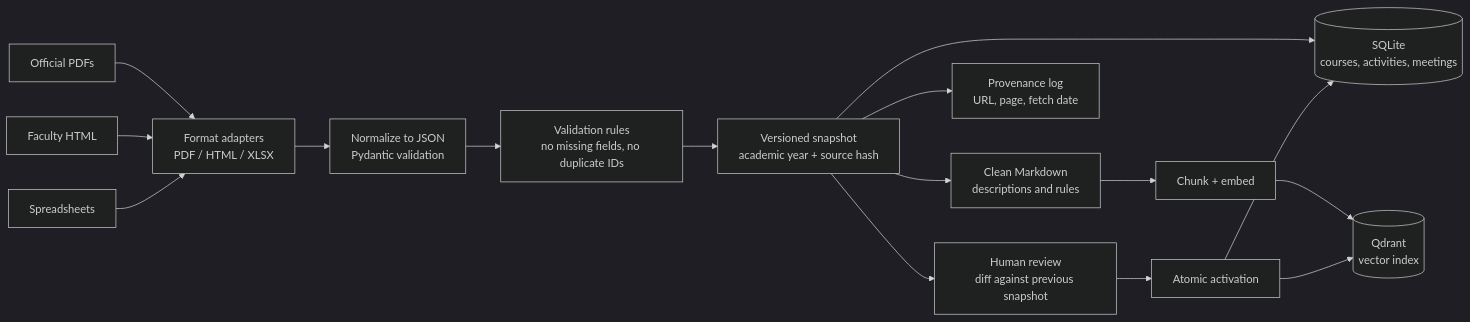
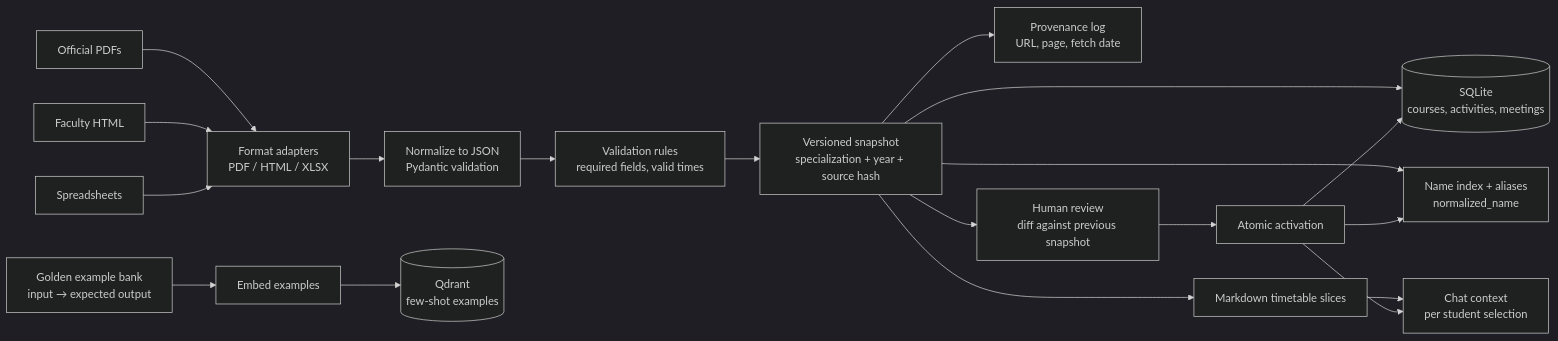
The second of 5 diagrams in docs/MILESTONE2.md (xze3n/StudentTimetableOrganizer), drawn with Mermaid (dark theme) before and after one commit. The commit also changed other lines of this file, not shown here.

Commit message:
Refine Milestone 2 plan for structured timetable data

````diff
--- a/docs/MILESTONE2.md
+++ b/docs/MILESTONE2.md
@@ -163,18 +216,21 @@
 ```mermaid
 flowchart LR
     PDF["Official PDFs"] --> Parser["Format adapters<br/>PDF / HTML / XLSX"]
     HTML["Faculty HTML"] --> Parser
     XLSX["Spreadsheets"] --> Parser
     Parser --> Normalize["Normalize to JSON<br/>Pydantic validation"]
-    Normalize --> Validate["Validation rules<br/>no missing fields, no duplicate IDs"]
-    Validate --> Snapshot["Versioned snapshot<br/>academic year + source hash"]
+    Normalize --> Validate["Validation rules<br/>required fields, valid times"]
+    Validate --> Snapshot["Versioned snapshot<br/>specialization + year + source hash"]
     Snapshot --> DB[("SQLite<br/>courses, activities, meetings")]
-    Snapshot --> Clean["Clean Markdown<br/>descriptions and rules"]
-    Clean --> Embed["Chunk + embed"]
-    Embed --> Qdrant[("Qdrant<br/>vector index")]
+    Snapshot --> NameIndex["Name index + aliases<br/>normalized_name"]
+    Snapshot --> Markdown["Markdown timetable slices"]
+    Markdown --> ChatContext["Chat context<br/>per student selection"]
     Snapshot --> Provenance["Provenance log<br/>URL, page, fetch date"]
     Snapshot --> Review["Human review<br/>diff against previous snapshot"]
     Review --> Activate["Atomic activation"]
     Activate --> DB
-    Activate --> Qdrant
+    Activate --> NameIndex
+    Activate --> ChatContext
+    Golden["Golden example bank<br/>input → expected output"] --> Embed["Embed examples"]
+    Embed --> Qdrant[("Qdrant<br/>few-shot examples")]
 ```
````
